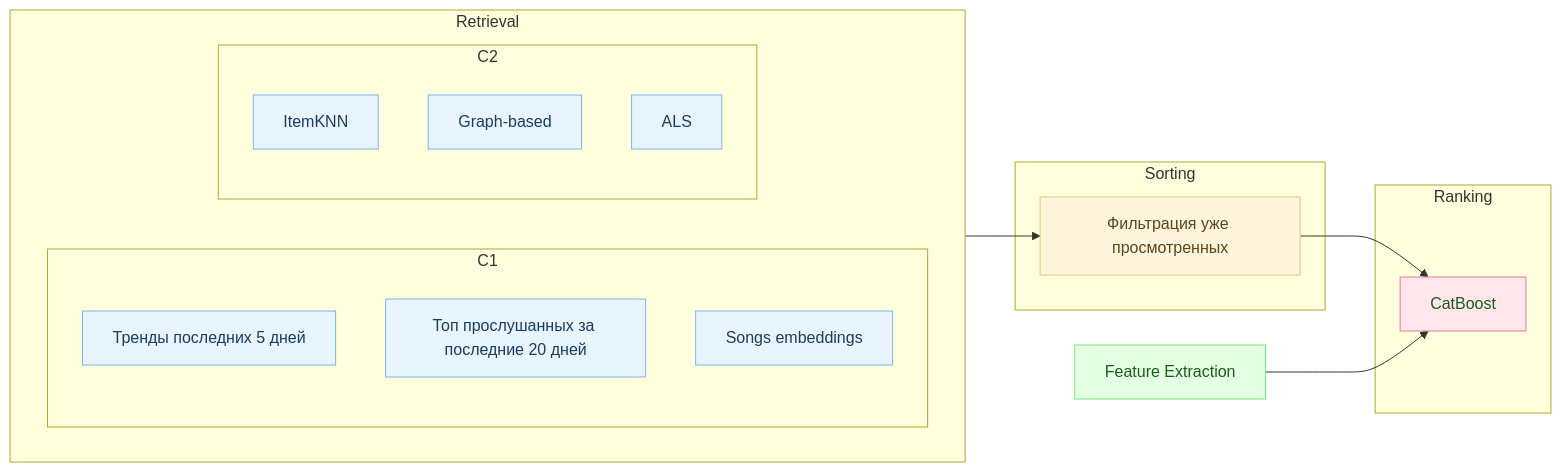
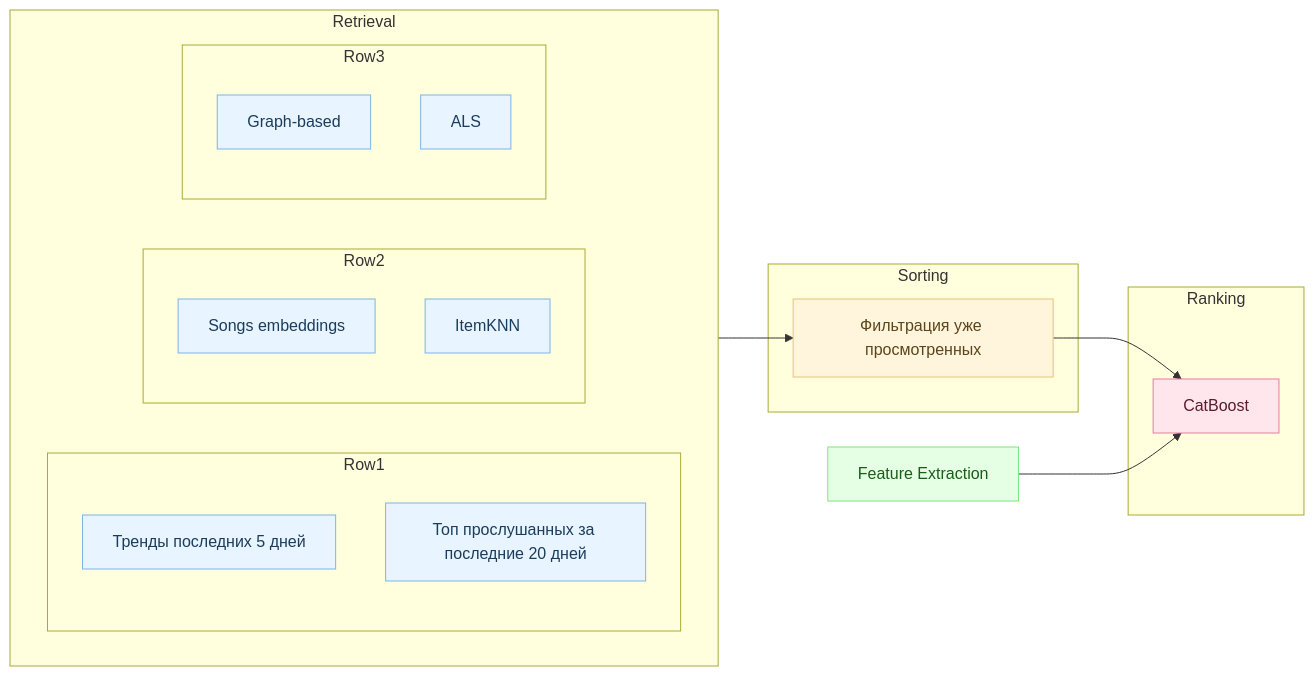
One commit to Nastasy822/music-recommendation-experiments changed the second of 2 diagrams in README.md. Above: the diagram before and after it, drawn with Mermaid.

Commit message:
docs: add diagram of preprocessing

````diff
--- a/README.md
+++ b/README.md
@@ -237,45 +237,53 @@
 ```mermaid
 flowchart LR
 
-    subgraph RETRIEVAL["Retrieval"]
+    %% === Блоки пайплайна ===
+    subgraph RETRIEVAL ["Retrieval"]
         direction LR
 
-        subgraph C1
+        subgraph Row1
             direction TB
             PopAll["Тренды последних 5 дней"]
             PopUser["Топ прослушанных за последние 20 дней"]
-            SIM["Songs embeddings"]
         end
 
-        subgraph C2
+        subgraph Row2
             direction TB
+            SIM["Songs embeddings"]
             ITEMKNN["ItemKNN"]
+        end
+
+        subgraph Row3
+            direction TB
             GRAPH["Graph-based"]
             ALS["ALS"]
         end
     end
 
-    subgraph SORTING["Sorting"]
+    subgraph SORTING ["Sorting"]
         FILTER["Фильтрация уже просмотренных"]
     end
 
-    subgraph RANKING["Ranking"]
+    subgraph RANKING ["Ranking"]
         RANK["CatBoost"]
     end
 
+    %% === Отдельный нижний блок Feature Extraction ===
     FEATS["Feature Extraction"]
 
+    %% === Потоки данных ===
     RETRIEVAL --> FILTER
     FILTER --> RANK
     FEATS --> RANK
 
+    %% === Цветовые стили ===
     classDef retrieval fill:#e8f4ff,stroke:#7db4e6,color:#1a3d5c;
     classDef sorting fill:#fff5dd,stroke:#e6c27d,color:#5c451a;
-    classDef ranking fill:#ffe6ec,stroke:#e67d9c,color:#1a5c1a;
+    classDef ranking fill:#ffe6ec,stroke:#e67d9c,color:#5c1a2f;
     classDef features fill:#e5ffe5,stroke:#7de67d,color:#1a5c1a;
 
     class PopAll,PopUser,SIM,ALS,ITEMKNN,GRAPH retrieval;
     class FILTER sorting;
     class RANK ranking;
     class FEATS features;
 ```
````
